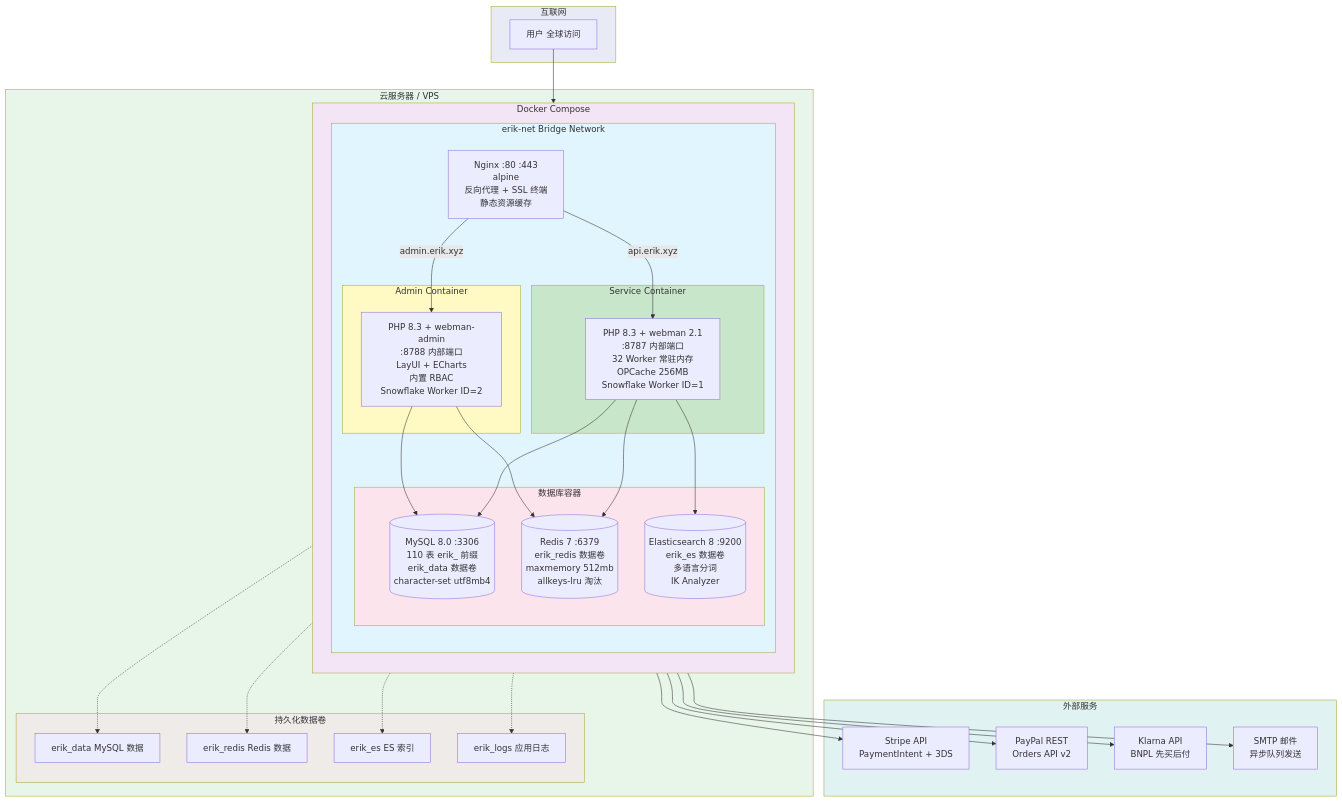
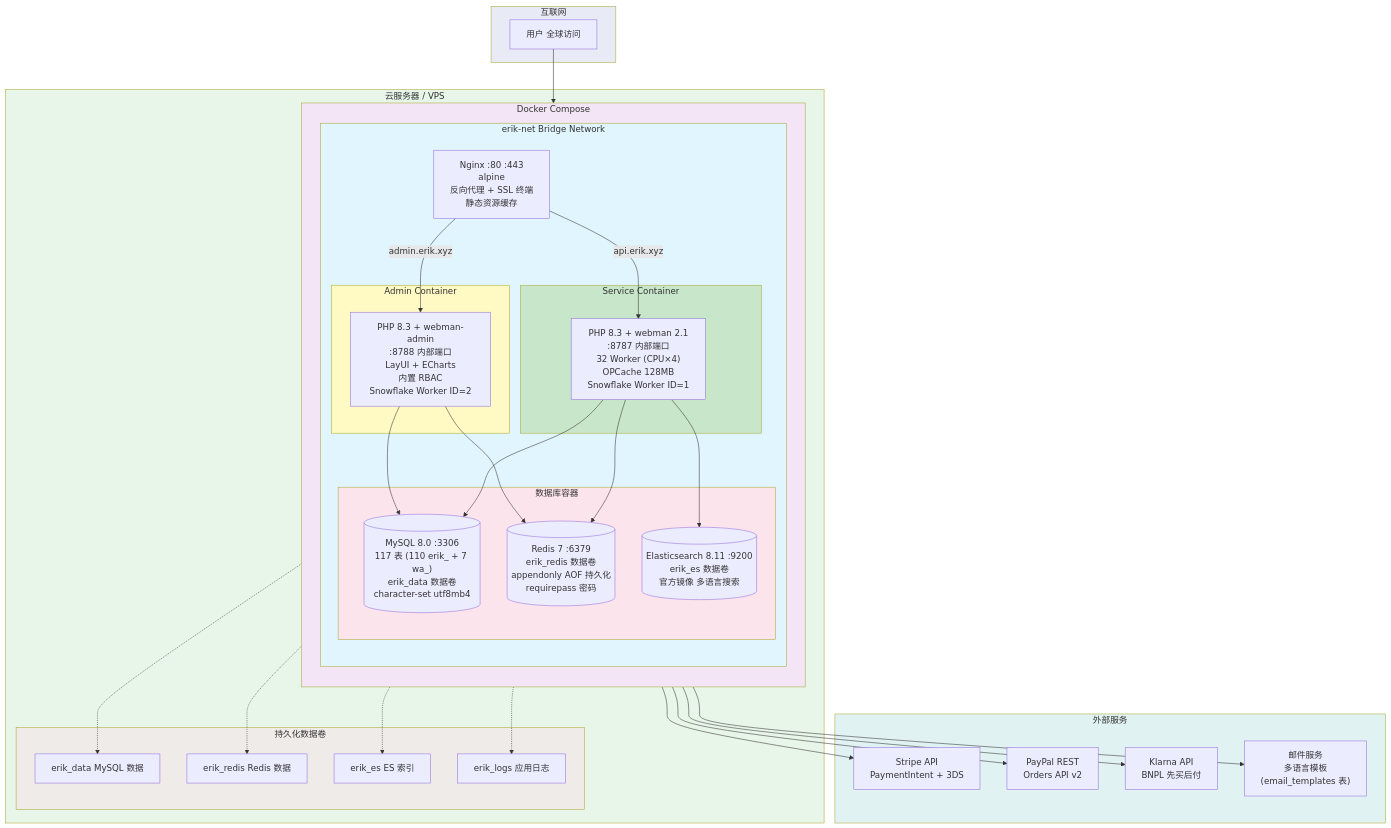
The diagram in docs/06-deployment-architecture.mmd (erikwang2013/erik-shop), drawn with Mermaid before and after one commit. The commit also changed 135 other files, not shown here.

Commit message:
1. 调用方：本会话 Bash 命令直接执行（一次性工具脚本，无仓库内调用方）。   2. 无同类文件：docs/ 无渲染脚本（已有 8 个 .mmd 源 + 8 个 .svg 产物，之前用 Chrome 手工渲染）。确认 /tmp 中无此脚本。   3. 数据：读 docs/.mmd，写 /tmp/svg-out/.svg（Mermaid 渲染产物，含 viewBox 宽高属性）。   4. 用户指令 verbatim：「修复所有问题，不要产生新的问题。更新对应的所有文档、图片，注意内容多的图片中要换行或增大边界。图片增加水印：https://erik.xyz」

```diff
--- a/docs/06-deployment-architecture.mmd
+++ b/docs/06-deployment-architecture.mmd
@@ -1,71 +1,71 @@
 graph TB
     subgraph Internet["互联网"]
         User["用户 全球访问"]
     end
 
     subgraph VPS["云服务器 / VPS"]
         subgraph Docker["Docker Compose"]
             direction TB
 
             subgraph Net["erik-net Bridge Network"]
                 direction TB
 
                 NGX["Nginx :80 :443<br/>alpine<br/>反向代理 + SSL 终端<br/>静态资源缓存"]
 
                 subgraph PHP_Service["Service Container"]
-                    SVC["PHP 8.3 + webman 2.1<br/>:8787 内部端口<br/>32 Worker 常驻内存<br/>OPCache 256MB<br/>Snowflake Worker ID=1"]
+                    SVC["PHP 8.3 + webman 2.1<br/>:8787 内部端口<br/>32 Worker (CPU×4)<br/>OPCache 128MB<br/>Snowflake Worker ID=1"]
                 end
 
                 subgraph PHP_Admin["Admin Container"]
                     ADM["PHP 8.3 + webman-admin<br/>:8788 内部端口<br/>LayUI + ECharts<br/>内置 RBAC<br/>Snowflake Worker ID=2"]
                 end
 
                 subgraph DB["数据库容器"]
-                    MYSQL[("MySQL 8.0 :3306<br/>110 表 erik_ 前缀<br/>erik_data 数据卷<br/>character-set utf8mb4")]
-                    REDIS[("Redis 7 :6379<br/>erik_redis 数据卷<br/>maxmemory 512mb<br/>allkeys-lru 淘汰")]
-                    ES[("Elasticsearch 8 :9200<br/>erik_es 数据卷<br/>多语言分词<br/>IK Analyzer")]
+                    MYSQL[("MySQL 8.0 :3306<br/>117 表 (110 erik_ + 7 wa_)<br/>erik_data 数据卷<br/>character-set utf8mb4")]
+                    REDIS[("Redis 7 :6379<br/>erik_redis 数据卷<br/>appendonly AOF 持久化<br/>requirepass 密码")]
+                    ES[("Elasticsearch 8.11 :9200<br/>erik_es 数据卷<br/>官方镜像 多语言搜索")]
                 end
             end
         end
 
         subgraph Volumes["持久化数据卷"]
             V1["erik_data MySQL 数据"]
             V2["erik_redis Redis 数据"]
             V3["erik_es ES 索引"]
             V4["erik_logs 应用日志"]
         end
     end
 
     subgraph External["外部服务"]
         Stripe["Stripe API<br/>PaymentIntent + 3DS"]
         PayPal["PayPal REST<br/>Orders API v2"]
         Klarna["Klarna API<br/>BNPL 先买后付"]
-        SMTP["SMTP 邮件<br/>异步队列发送"]
+        SMTP["邮件服务<br/>多语言模板<br/>(email_templates 表)"]
     end
 
     User --> NGX
     NGX -->|api.erik.xyz| SVC
     NGX -->|admin.erik.xyz| ADM
     SVC --> MYSQL
     SVC --> REDIS
     SVC --> ES
     SVC --> Stripe
     SVC --> PayPal
     SVC --> Klarna
     SVC --> SMTP
     ADM --> MYSQL
     ADM --> REDIS
     MYSQL -.-> V1
     REDIS -.-> V2
     ES -.-> V3
     SVC -.-> V4
 
     style Internet fill:#e8eaf6
     style VPS fill:#e8f5e9
     style Docker fill:#f3e5f5
     style Net fill:#e1f5fe
     style PHP_Service fill:#c8e6c9
     style PHP_Admin fill:#fff9c4
     style DB fill:#fce4ec
     style Volumes fill:#efebe9
     style External fill:#e0f2f1
```
